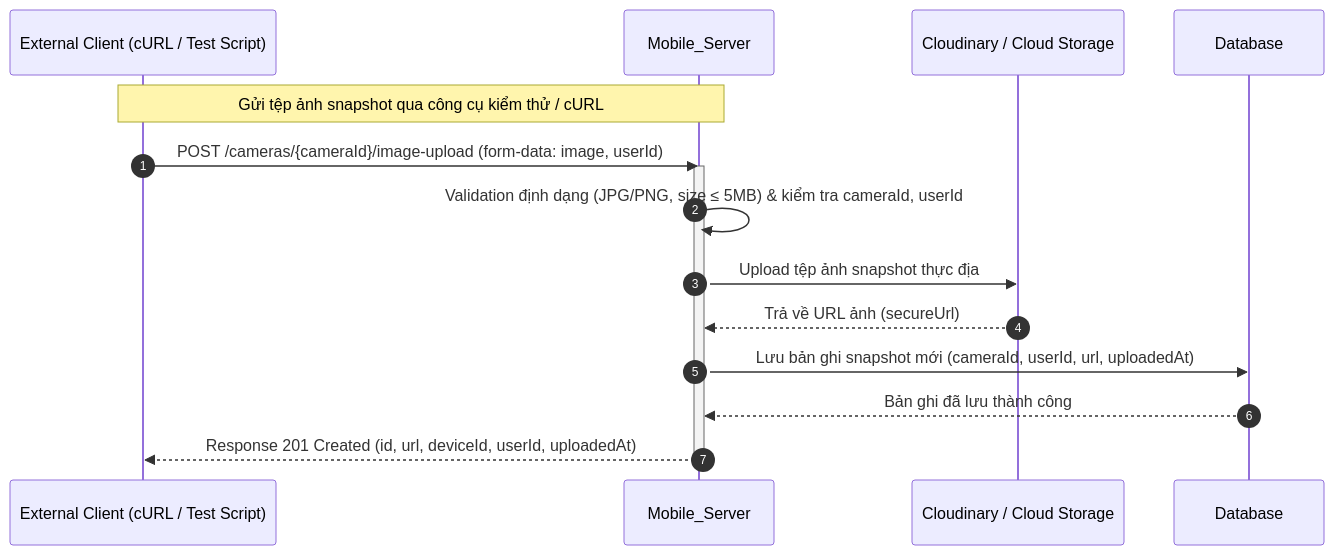
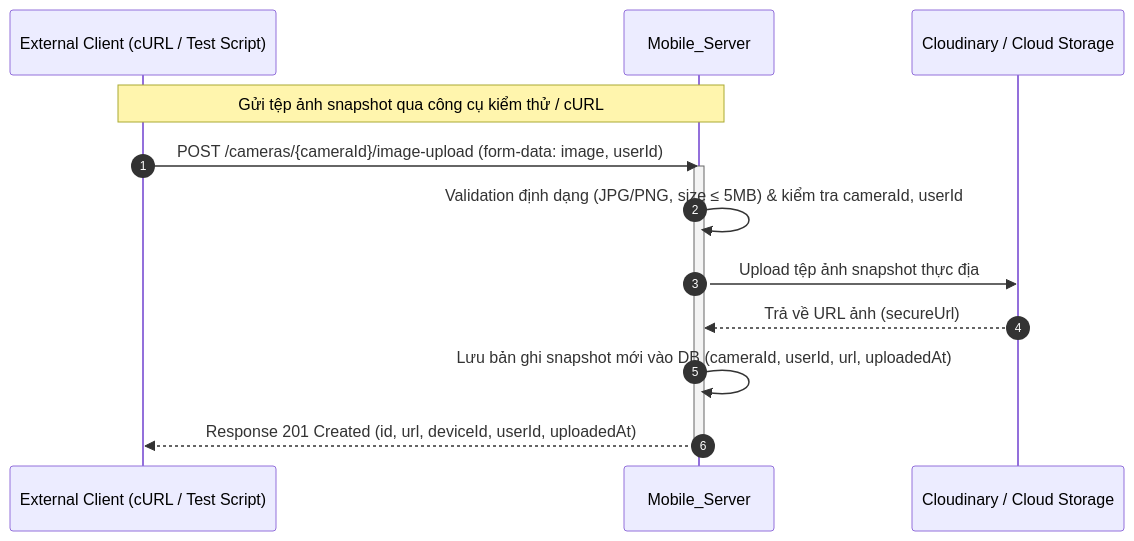
Diagram 18 of 18 in docs/04-sequence-diagram.md (trungnguyenthien/Wildlife-Warning-and-Deterrence-System), drawn with Mermaid before and after one commit. The commit also changed other lines of this file, not shown here.

Commit message:
docs: update sequence diagram to reflect latest system flow refinements

````diff
--- a/docs/04-sequence-diagram.md
+++ b/docs/04-sequence-diagram.md
@@ -923,19 +776,17 @@
 ```mermaid
 sequenceDiagram
     autonumber
     participant Client_Test as External Client (cURL / Test Script)
     participant Mobile_Server as Mobile_Server
     participant Cloudinary as Cloudinary / Cloud Storage
-    participant Database as Database
 
     Note over Client_Test, Mobile_Server: Gửi tệp ảnh snapshot qua công cụ kiểm thử / cURL
     Client_Test->>Mobile_Server: POST /cameras/{cameraId}/image-upload (form-data: image, userId)
     activate Mobile_Server
     Mobile_Server->>Mobile_Server: Validation định dạng (JPG/PNG, size ≤ 5MB) & kiểm tra cameraId, userId
     Mobile_Server->>Cloudinary: Upload tệp ảnh snapshot thực địa
     Cloudinary-->>Mobile_Server: Trả về URL ảnh (secureUrl)
-    Mobile_Server->>Database: Lưu bản ghi snapshot mới (cameraId, userId, url, uploadedAt)
-    Database-->>Mobile_Server: Bản ghi đã lưu thành công
+    Mobile_Server->>Mobile_Server: Lưu bản ghi snapshot mới vào DB (cameraId, userId, url, uploadedAt)
     Mobile_Server-->>Client_Test: Response 201 Created (id, url, deviceId, userId, uploadedAt)
     deactivate Mobile_Server
 ```
````
